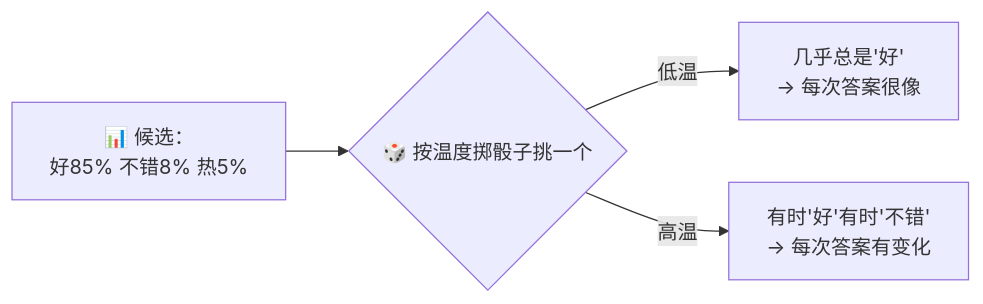
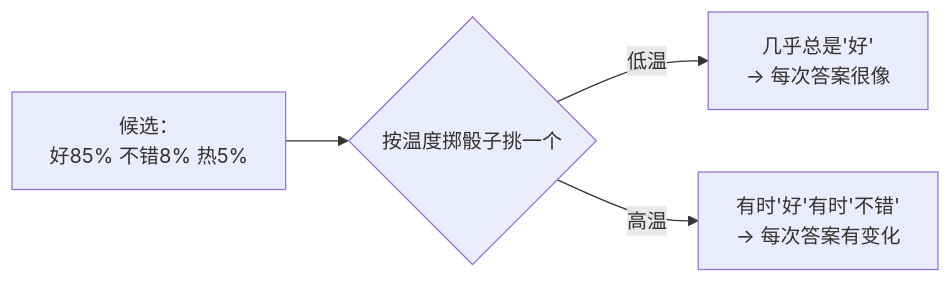
Before and after one commit to luckykhy/KhyAiHub: the fifth of 7 diagrams in docs/02_CONCEPTS_概念入门/CONCEPT/[CONCEPT-06] 什么是LLM-大语言模型.md, drawn with Mermaid. The commit also changed other lines of this file and 19 other files, not shown here.

````diff
--- a/docs/02_CONCEPTS_概念入门/CONCEPT/[CONCEPT-06] 什么是LLM-大语言模型.md
+++ b/docs/02_CONCEPTS_概念入门/CONCEPT/[CONCEPT-06] 什么是LLM-大语言模型.md
@@ -164,6 +164,6 @@
 ```mermaid
 flowchart LR
-  P["📊 候选：<br/>好85% 不错8% 热5%"] --> D{"🎲 按温度掷骰子挑一个"}
+  P["候选：<br/>好85% 不错8% 热5%"] --> D{"按温度掷骰子挑一个"}
   D -- "低温" --> L["几乎总是'好'<br/>→ 每次答案很像"]
   D -- "高温" --> H["有时'好'有时'不错'<br/>→ 每次答案有变化"]
 ```
````
